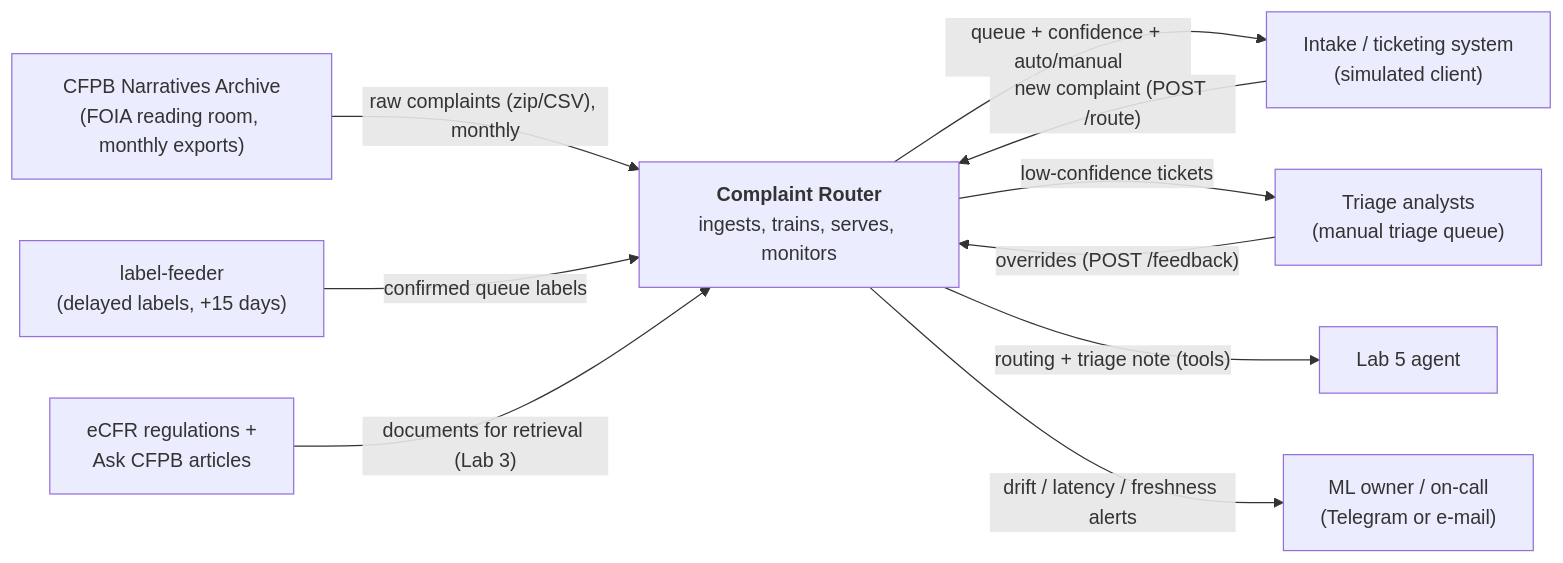
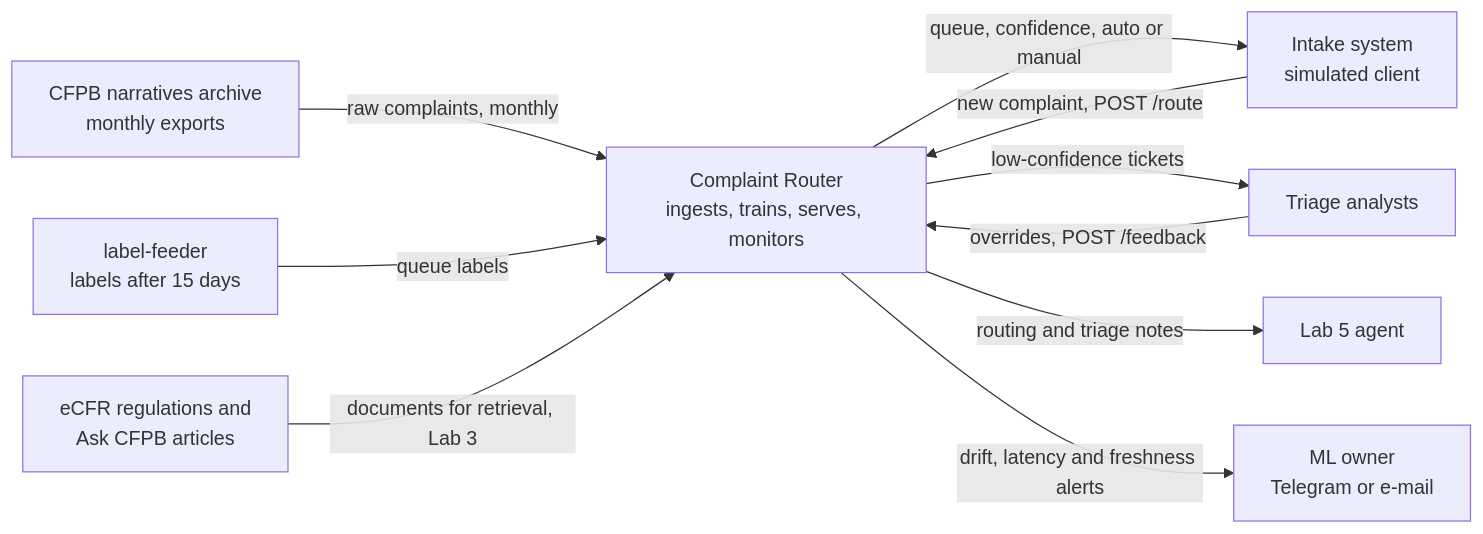
One commit to yuliiamartynova/complaint-router changed the first of 3 diagrams in docs/design.md. Above: the diagram before and after it, drawn with Mermaid. The commit also changed other lines of this file and 3 other files, not shown here.

First line of the commit message:
Simplify wording in the design doc, diagrams and README

````diff
--- a/docs/design.md
+++ b/docs/design.md
@@ -188,23 +186,23 @@
 ```mermaid
 flowchart LR
-    CFPB["CFPB Narratives Archive<br/>(FOIA reading room, monthly exports)"]
-    LBL["label-feeder<br/>(delayed labels, +15 days)"]
-    ANALYST["Triage analysts<br/>(manual triage queue)"]
-    REGS["eCFR regulations +<br/>Ask CFPB articles"]
+    CFPB["CFPB narratives archive<br/>monthly exports"]
+    LBL["label-feeder<br/>labels after 15 days"]
+    ANALYST["Triage analysts"]
+    REGS["eCFR regulations and<br/>Ask CFPB articles"]
 
-    SYS["<b>Complaint Router</b><br/>ingests, trains, serves, monitors"]
+    SYS["Complaint Router<br/>ingests, trains, serves, monitors"]
 
-    INTAKE["Intake / ticketing system<br/>(simulated client)"]
+    INTAKE["Intake system<br/>simulated client"]
     AGENT["Lab 5 agent"]
-    ONCALL["ML owner / on-call<br/>(Telegram or e-mail)"]
+    ONCALL["ML owner<br/>Telegram or e-mail"]
 
-    CFPB -- "raw complaints (zip/CSV), monthly" --> SYS
-    LBL -- "confirmed queue labels" --> SYS
-    ANALYST -- "overrides (POST /feedback)" --> SYS
-    REGS -- "documents for retrieval (Lab 3)" --> SYS
-    INTAKE -- "new complaint (POST /route)" --> SYS
-    SYS -- "queue + confidence + auto/manual" --> INTAKE
+    CFPB -- "raw complaints, monthly" --> SYS
+    LBL -- "queue labels" --> SYS
+    ANALYST -- "overrides, POST /feedback" --> SYS
+    REGS -- "documents for retrieval, Lab 3" --> SYS
+    INTAKE -- "new complaint, POST /route" --> SYS
+    SYS -- "queue, confidence, auto or manual" --> INTAKE
     SYS -- "low-confidence tickets" --> ANALYST
-    SYS -- "routing + triage note (tools)" --> AGENT
-    SYS -- "drift / latency / freshness alerts" --> ONCALL
+    SYS -- "routing and triage notes" --> AGENT
+    SYS -- "drift, latency and freshness alerts" --> ONCALL
 ```
````
